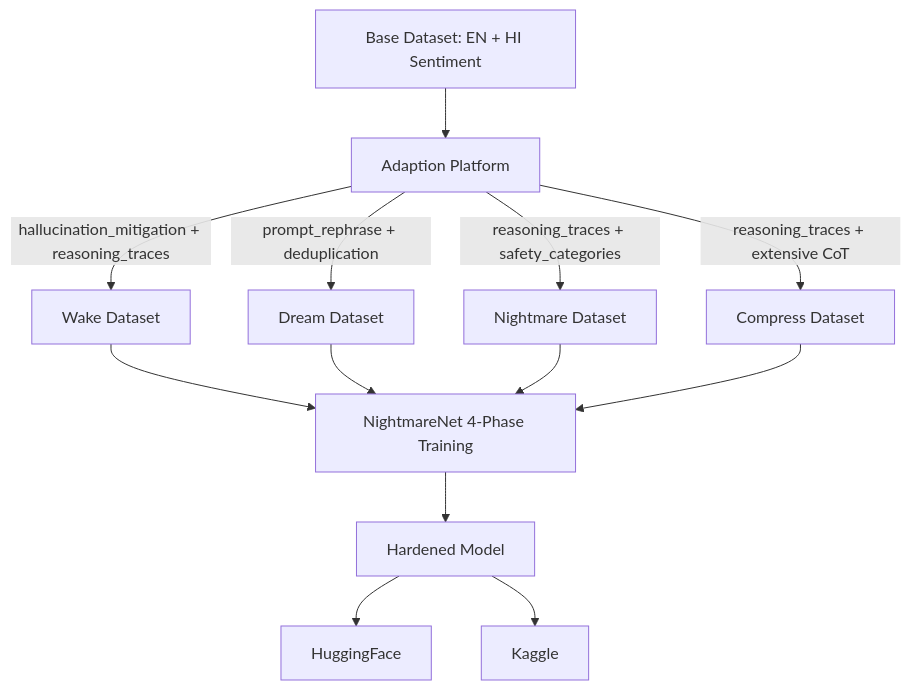
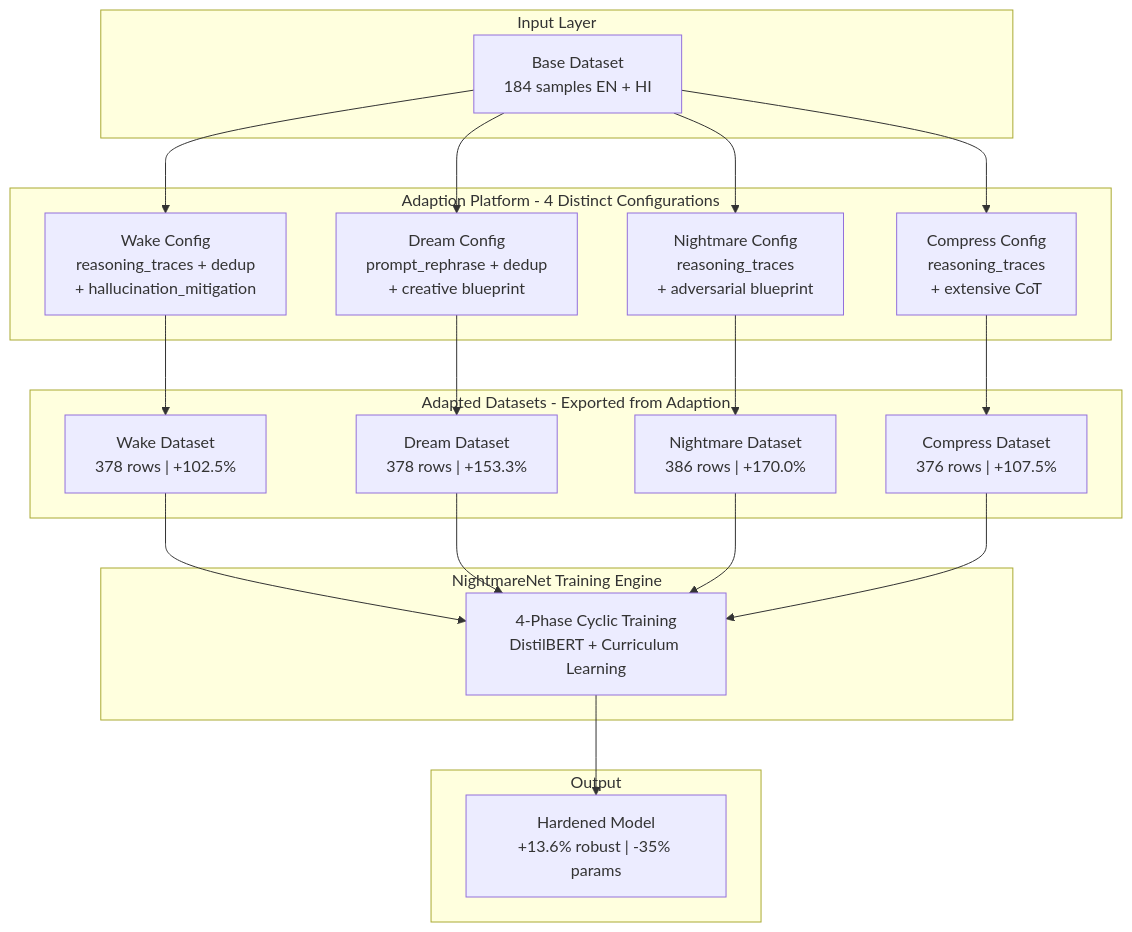
The diagram in README.md (Adit-Jain-srm/ai-agents-hackathon-2026-arize), drawn with Mermaid before and after one commit. The commit also changed other lines of this file and 9 other files, not shown here.

````diff
--- a/README.md
+++ b/README.md
@@ -46,18 +67,42 @@
 ```mermaid
 flowchart TD
-    CSV[Base Dataset: EN + HI Sentiment] --> Adaption[Adaption Platform]
-    
-    Adaption --> |"hallucination_mitigation + reasoning_traces"| Wake[Wake Dataset]
-    Adaption --> |"prompt_rephrase + deduplication"| Dream[Dream Dataset]  
-    Adaption --> |"reasoning_traces + safety_categories"| Nightmare[Nightmare Dataset]
-    Adaption --> |"reasoning_traces + extensive CoT"| Compress[Compress Dataset]
-    
-    Wake --> Train[NightmareNet 4-Phase Training]
-    Dream --> Train
-    Nightmare --> Train
-    Compress --> Train
-    
-    Train --> Model[Hardened Model]
-    Model --> HF[HuggingFace]
-    Model --> Kaggle[Kaggle]
+    subgraph input [Input Layer]
+        Base["Base Dataset<br/>184 samples EN + HI"]
+    end
+
+    subgraph adaption [Adaption Platform - 4 Distinct Configurations]
+        W["Wake Config<br/>reasoning_traces + dedup<br/>+ hallucination_mitigation"]
+        D["Dream Config<br/>prompt_rephrase + dedup<br/>+ creative blueprint"]
+        N["Nightmare Config<br/>reasoning_traces<br/>+ adversarial blueprint"]
+        C["Compress Config<br/>reasoning_traces<br/>+ extensive CoT"]
+    end
+
+    subgraph output [Adapted Datasets - Exported from Adaption]
+        WD["Wake Dataset<br/>378 rows | +102.5%"]
+        DD["Dream Dataset<br/>378 rows | +153.3%"]
+        ND["Nightmare Dataset<br/>386 rows | +170.0%"]
+        CD["Compress Dataset<br/>376 rows | +107.5%"]
+    end
+
+    subgraph training [NightmareNet Training Engine]
+        Train["4-Phase Cyclic Training<br/>DistilBERT + Curriculum Learning"]
+    end
+
+    subgraph result [Output]
+        Model["Hardened Model<br/>+13.6% robust | -35% params"]
+    end
+
+    Base --> W
+    Base --> D
+    Base --> N
+    Base --> C
+    W --> WD
+    D --> DD
+    N --> ND
+    C --> CD
+    WD --> Train
+    DD --> Train
+    ND --> Train
+    CD --> Train
+    Train --> Model
 ```
````
